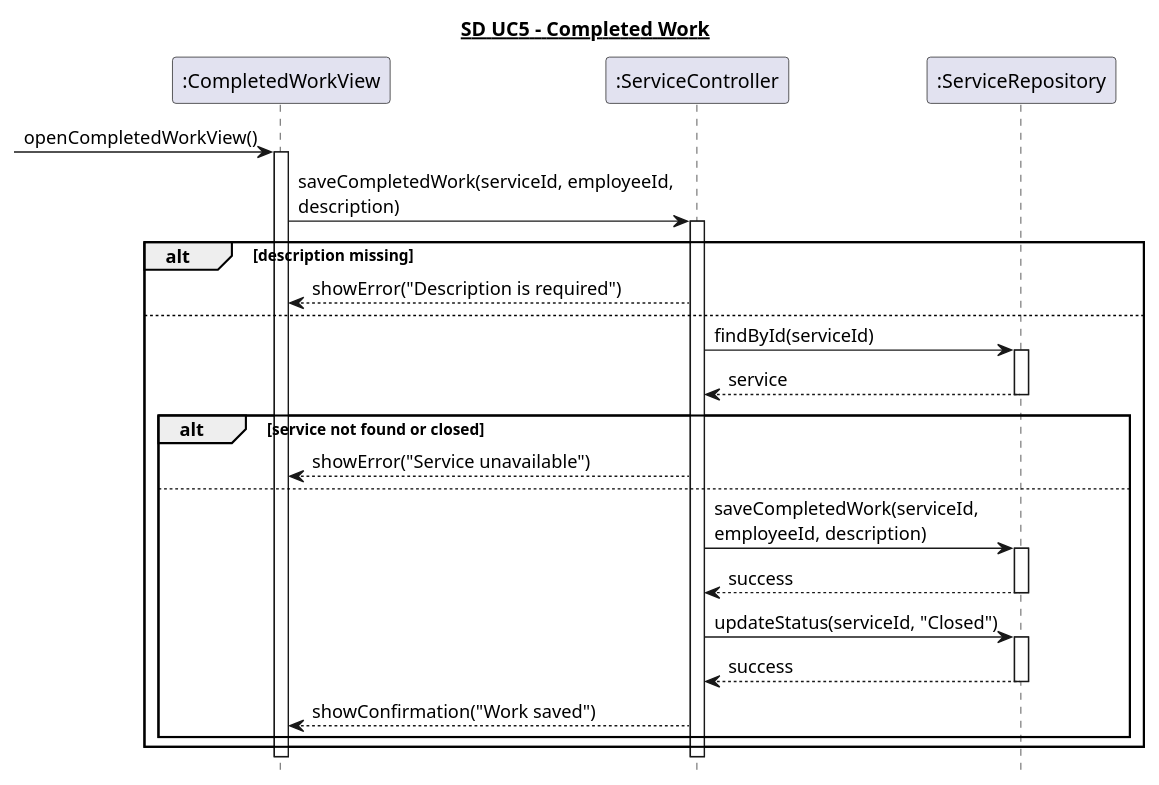
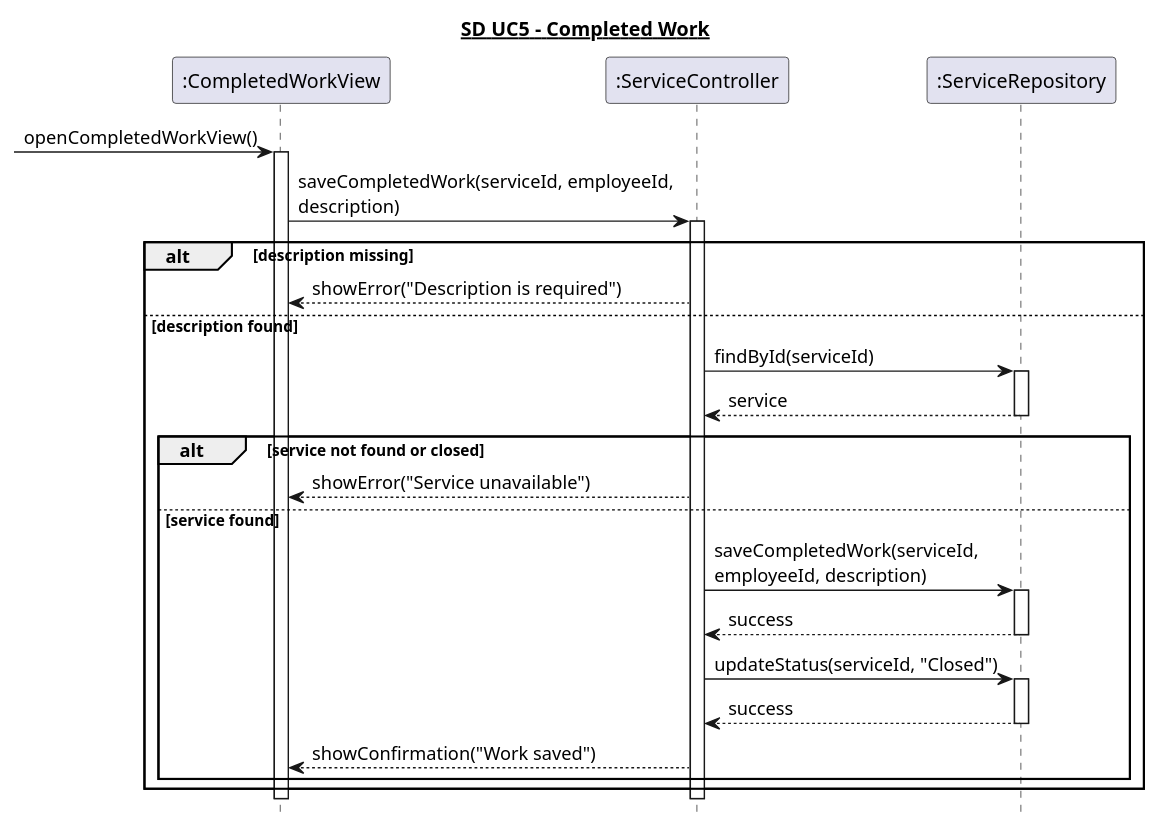
One commit to Zoabz/Getting-Real changed the diagram in 6. Sekvensdiagrammer/UC5_udført_arbejde.puml. Above: the diagram before and after it, drawn with PlantUML. The commit also changed 15 other files, not shown here.

```diff
--- a/6. Sekvensdiagrammer/UC5_udført_arbejde.puml
+++ b/6. Sekvensdiagrammer/UC5_udført_arbejde.puml
@@ -1,45 +1,45 @@
 @startuml
 hide footbox
 title <U>SD UC5 - Completed Work
 
 participant ":CompletedWorkView" as View
 participant ":ServiceController" as Controller
 participant ":ServiceRepository" as Repository
 
 [-> View : openCompletedWorkView()
 activate View
 
 View -> Controller : saveCompletedWork(serviceId, employeeId,\ndescription)
 activate Controller
 
 alt description missing
     Controller --> View : showError("Description is required")
 
-else 
+else description found
     Controller -> Repository : findById(serviceId)
     activate Repository
     Repository --> Controller : service
     deactivate Repository
 
     alt service not found or closed
         Controller --> View : showError("Service unavailable")
 
-    else 
+    else service found
         Controller -> Repository : saveCompletedWork(serviceId,\nemployeeId, description)
         activate Repository
         Repository --> Controller : success
         deactivate Repository
 
         Controller -> Repository : updateStatus(serviceId, "Closed")
         activate Repository
         Repository --> Controller : success
         deactivate Repository
 
         Controller --> View : showConfirmation("Work saved")
     end
 end
 
 deactivate Controller
 deactivate View
 
 @enduml
```
